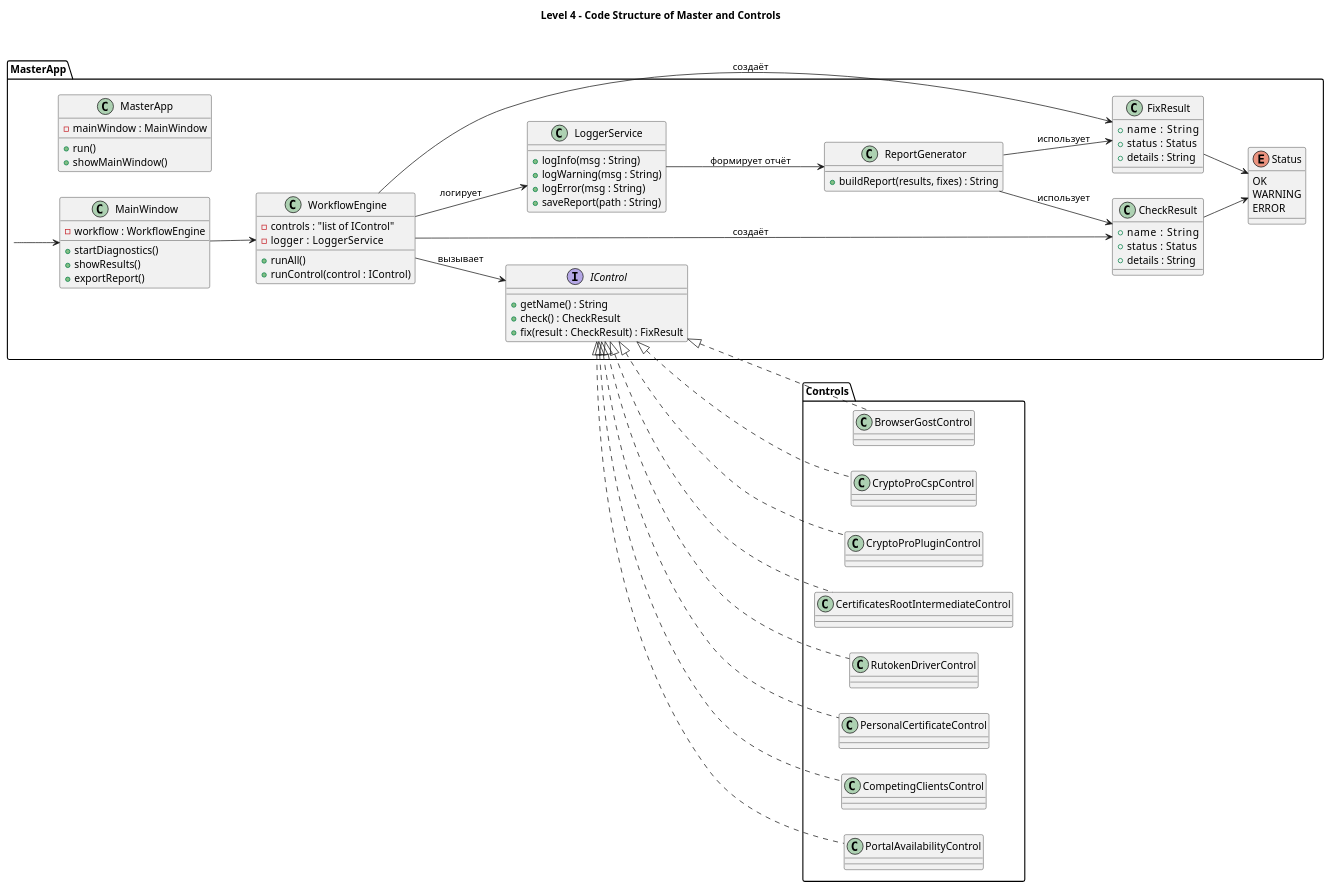
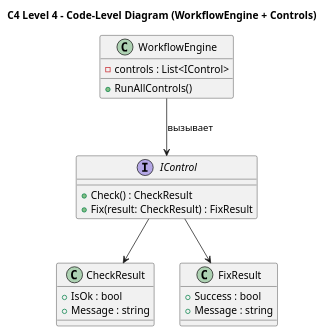
One commit to LobovVit/automatic_workplace_setup changed the diagram in docs/c4/c4-level4-master-code.puml. Above: the diagram before and after it, drawn with PlantUML. The commit also changed 7 other files, not shown here.

```diff
--- a/docs/c4/c4-level4-master-code.puml
+++ b/docs/c4/c4-level4-master-code.puml
@@ -1,101 +1,28 @@
-@startuml c4-level4-master-code
-title Level 4 – Code Structure of Master and Controls
-left to right direction
+@startuml
+title C4 Level 4 – Code-Level Diagram (WorkflowEngine + Controls)
 
-package "MasterApp" {
-
-  class MasterApp {
-    - mainWindow : MainWindow
-    + run()
-    + showMainWindow()
-  }
-
-  class MainWindow {
-    - workflow : WorkflowEngine
-    + startDiagnostics()
-    + showResults()
-    + exportReport()
-  }
-
-  class WorkflowEngine {
-    - controls : "list of IControl"
-    - logger   : LoggerService
-    + runAll()
-    + runControl(control : IControl)
-  }
-
-  interface IControl {
-    + getName() : String
-    + check() : CheckResult
-    + fix(result : CheckResult) : FixResult
-  }
-
-  class CheckResult {
-    + name    : String
-    + status  : Status
-    + details : String
-  }
-
-  class FixResult {
-    + name    : String
-    + status  : Status
-    + details : String
-  }
-
-  enum Status {
-    OK
-    WARNING
-    ERROR
-  }
-
-  class LoggerService {
-    + logInfo(msg : String)
-    + logWarning(msg : String)
-    + logError(msg : String)
-    + saveReport(path : String)
-  }
-
-  class ReportGenerator {
-    + buildReport(results, fixes) : String
-  }
+class WorkflowEngine {
+    + RunAllControls()
+    - controls : List<IControl>
 }
 
-package "Controls" {
-
-  class BrowserGostControl
-  class CryptoProCspControl
-  class CryptoProPluginControl
-  class CertificatesRootIntermediateControl
-  class RutokenDriverControl
-  class PersonalCertificateControl
-  class CompetingClientsControl
-  class PortalAvailabilityControl
+interface IControl {
+    + Check() : CheckResult
+    + Fix(result: CheckResult) : FixResult
 }
 
-' Связи внутри MasterApp
-MasterApp --> MainWindow
-MainWindow --> WorkflowEngine
+class CheckResult {
+    + IsOk : bool
+    + Message : string
+}
 
-WorkflowEngine --> IControl          : вызывает
-WorkflowEngine --> LoggerService     : логирует
-WorkflowEngine --> CheckResult       : создаёт
-WorkflowEngine --> FixResult         : создаёт
+class FixResult {
+    + Success : bool
+    + Message : string
+}
 
-LoggerService --> ReportGenerator    : формирует отчёт
-ReportGenerator --> CheckResult      : использует
-ReportGenerator --> FixResult        : использует
+WorkflowEngine --> IControl : вызывает
+IControl --> CheckResult
+IControl --> FixResult
 
-CheckResult --> Status
-FixResult  --> Status
-
-' Наследование контролей
-IControl <|.. BrowserGostControl
-IControl <|.. CryptoProCspControl
-IControl <|.. CryptoProPluginControl
-IControl <|.. CertificatesRootIntermediateControl
-IControl <|.. RutokenDriverControl
-IControl <|.. PersonalCertificateControl
-IControl <|.. CompetingClientsControl
-IControl <|.. PortalAvailabilityControl
-
-@enduml
+@endum
```
